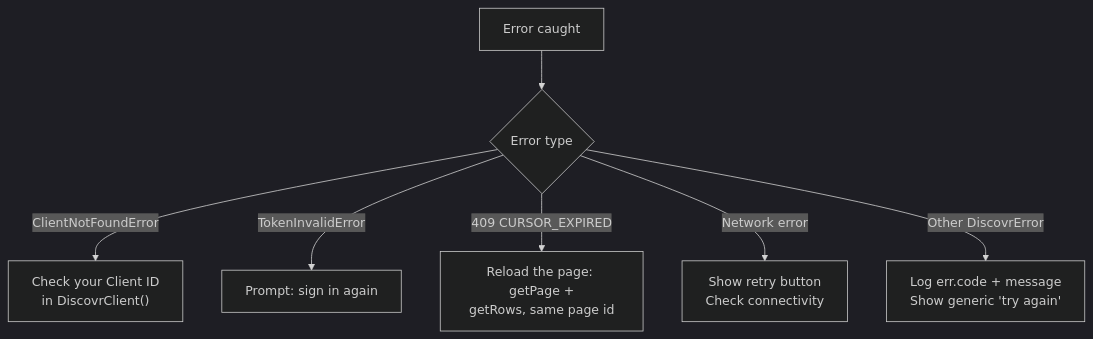
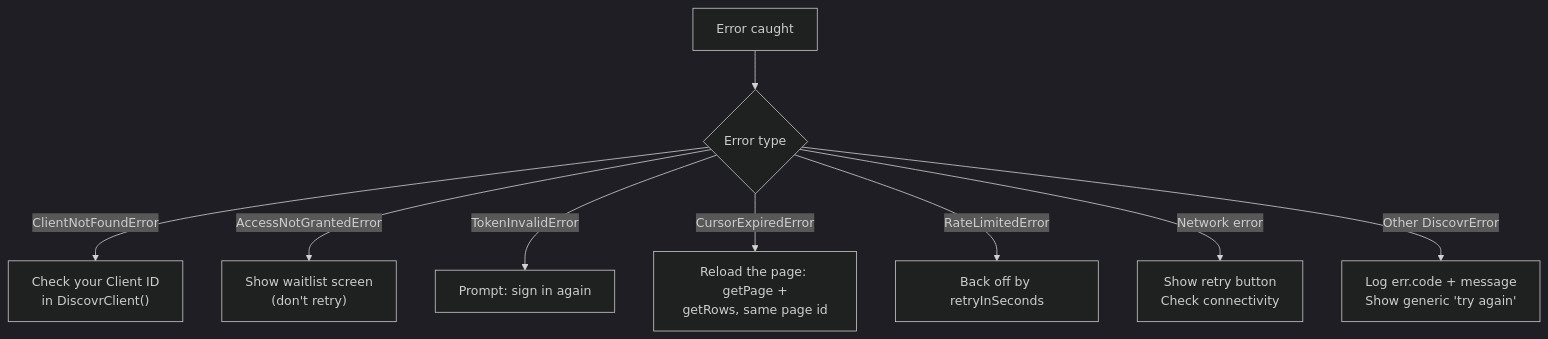
One commit to DiscovrDev/discovr changed the diagram in docs/guides/reference/error-handling.mdx. Above: the diagram before and after it, drawn with Mermaid (dark theme). The commit also changed other lines of this file and 204 other files, not shown here.

````diff
--- a/docs/guides/reference/error-handling.mdx
+++ b/docs/guides/reference/error-handling.mdx
@@ -10,9 +10,11 @@
 ```mermaid
 flowchart TD
     E[Error caught] --> C1{Error type}
     C1 -->|ClientNotFoundError| A1["Check your Client ID\nin DiscovrClient()"]
+    C1 -->|AccessNotGrantedError| A6["Show waitlist screen\n(don't retry)"]
     C1 -->|TokenInvalidError| A2["Prompt: sign in again"]
-    C1 -->|409 CURSOR_EXPIRED| A3["Reload the page: getPage +\ngetRows, same page id"]
+    C1 -->|CursorExpiredError| A3["Reload the page: getPage +\ngetRows, same page id"]
+    C1 -->|RateLimitedError| A7["Back off by retryInSeconds"]
     C1 -->|Network error| A4["Show retry button\nCheck connectivity"]
     C1 -->|Other DiscovrError| A5["Log err.code + message\nShow generic 'try again'"]
 ```
````
